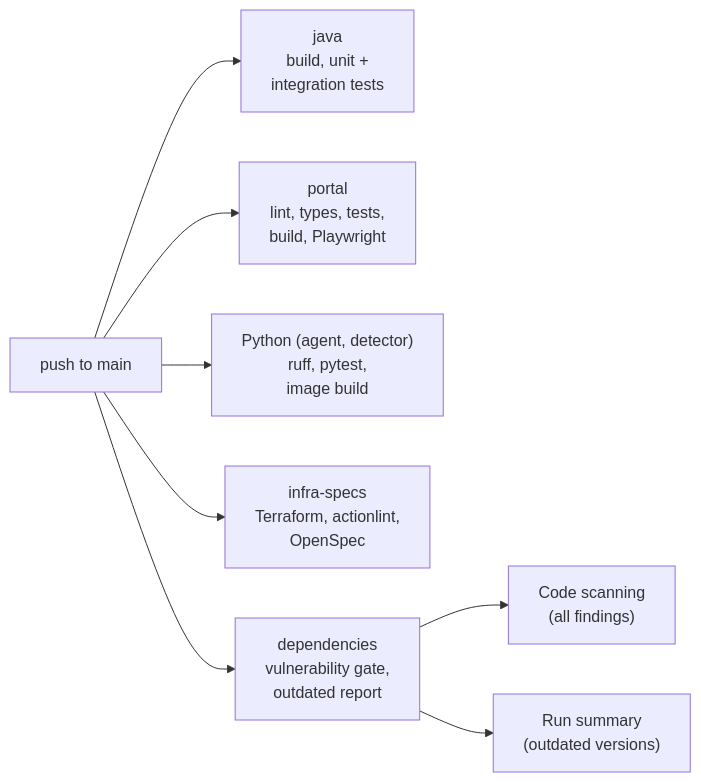
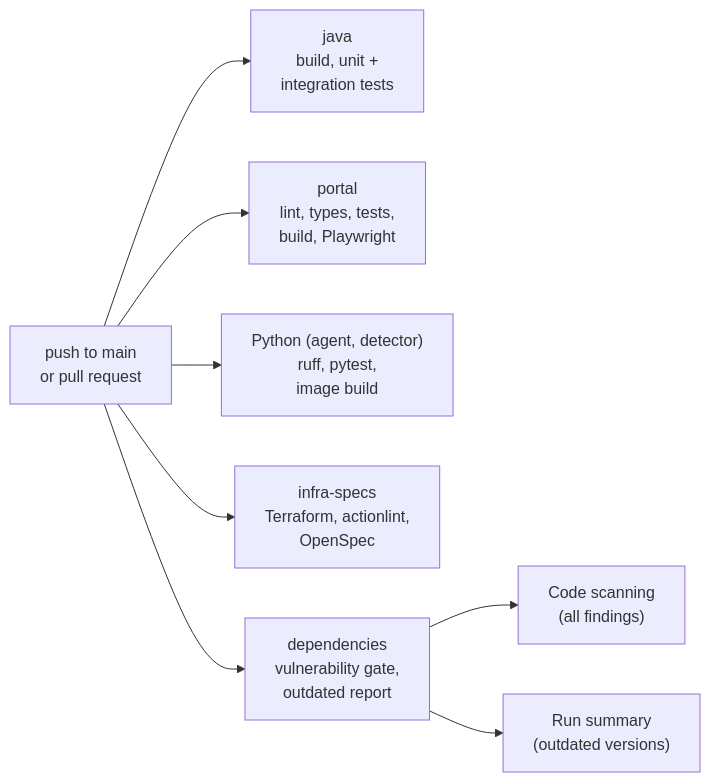
Diagram 11 of 12 in README.md (ikhemissi/smart-device-platform-sample), drawn with Mermaid before and after one commit. The commit also changed other lines of this file, not shown here.

````diff
--- a/README.md
+++ b/README.md
@@ -309,10 +326,10 @@
 ```mermaid
 flowchart LR
-  P["push to main"] --> J["java<br/>build, unit +<br/>integration tests"]
+  P["push to main<br/>or pull request"] --> J["java<br/>build, unit +<br/>integration tests"]
   P --> W["portal<br/>lint, types, tests,<br/>build, Playwright"]
   P --> A["Python (agent, detector)<br/>ruff, pytest,<br/>image build"]
   P --> I["infra-specs<br/>Terraform, actionlint,<br/>OpenSpec"]
   P --> D["dependencies<br/>vulnerability gate,<br/>outdated report"]
   D --> CS["Code scanning<br/>(all findings)"]
   D --> SUM["Run summary<br/>(outdated versions)"]
 ```
````
